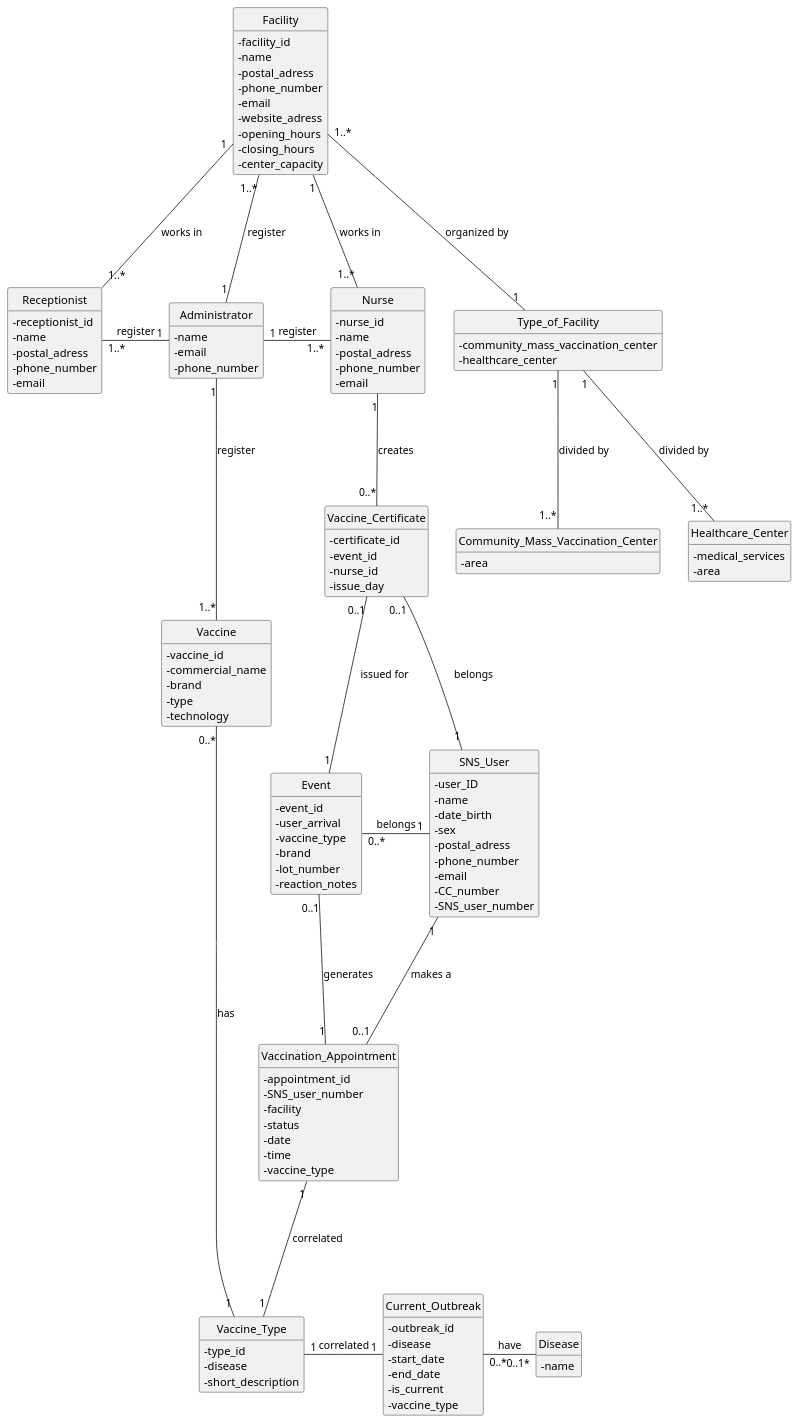
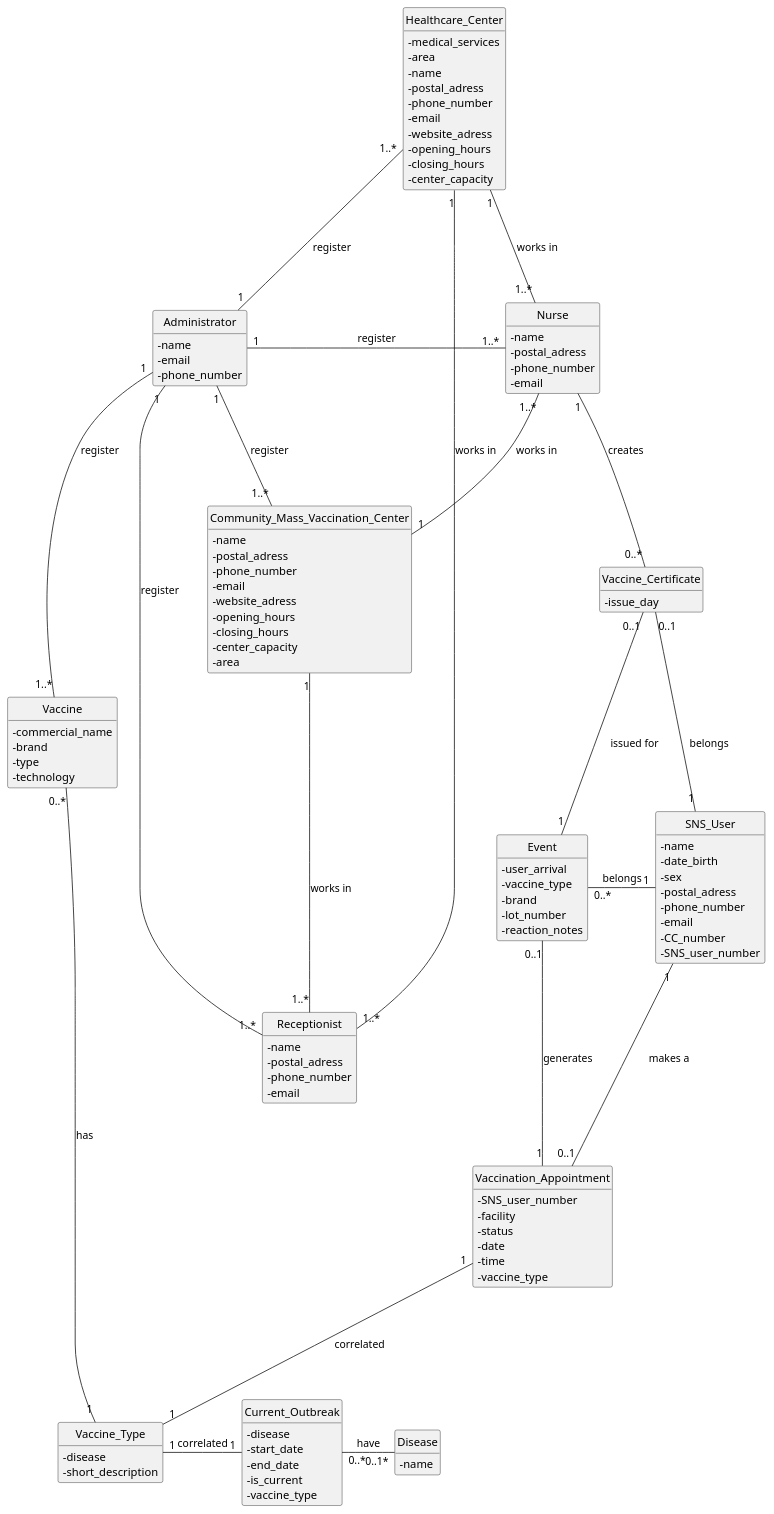
One commit to Parafita123/leti-esoft-25-26-B1 changed the diagram in docs/Sprint1/system-documentation/global-artifacts/puml/DM.puml. Above: the diagram before and after it, drawn with PlantUML. The commit also changed 2 other files, not shown here.

```diff
--- a/docs/Sprint1/system-documentation/global-artifacts/puml/DM.puml
+++ b/docs/Sprint1/system-documentation/global-artifacts/puml/DM.puml
@@ -1,168 +1,155 @@
 @startuml
 'https://plantuml.com/class-diagram
 skinparam classAttributeIconSize 0
 hide circle
 hide methods
 
 
 
 class Vaccine {
-    - vaccine_id
     - commercial_name
     - brand
     - type
     - technology
 }
 
 class Vaccine_Type {
-    - type_id
     - disease
     - short_description
 }
 
 
 
 class SNS_User {
-    - user_ID
     - name
     - date_birth
     - sex
     - postal_adress
     - phone_number
     - email
     - CC_number
     - SNS_user_number
 
 }
 
 class Disease {
     - name
 }
 
 
 class Vaccination_Appointment {
-    - appointment_id
     - SNS_user_number
     - facility
     - status
     - date
     - time
     - vaccine_type
 }
 
-class Facility {
-    - facility_id
+class Current_Outbreak {
+    - disease
+    - start_date
+    - end_date
+    - is_current
+    - vaccine_type
+}
+
+class Community_Mass_Vaccination_Center {
+    - name
+    - postal_adress
+    - phone_number
+    - email
+    - website_adress
+    - opening_hours
+    - closing_hours
+    - center_capacity
+    - area
+}
+
+class Healthcare_Center {
+    - medical_services
+    - area
     - name
     - postal_adress
     - phone_number
     - email
     - website_adress
     - opening_hours
     - closing_hours
     - center_capacity
 }
 
-
-class Type_of_Facility {
-    -community_mass_vaccination_center
-    -healthcare_center
-
-}
-
-class Current_Outbreak {
-    - outbreak_id
-    - disease
-    - start_date
-    - end_date
-    - is_current
-    - vaccine_type
-}
-
-class Community_Mass_Vaccination_Center {
-    - area
-}
-
-class Healthcare_Center {
-    - medical_services
-    - area
-}
-
 class Nurse {
-    - nurse_id
     - name
     - postal_adress
     - phone_number
     - email
 }
 
 class Receptionist {
-    - receptionist_id
     - name
     - postal_adress
     - phone_number
     - email
 }
 
 class Event {
-    - event_id
     - user_arrival
     - vaccine_type
     - brand
     - lot_number
     - reaction_notes
 }
 
 class Administrator {
     - name
     - email
     - phone_number
 }
 
 class Vaccine_Certificate {
-    - certificate_id
-    - event_id
-    - nurse_id
     - issue_day
 }
 
 
 Administrator "1" -right-- "1..*" Nurse: register
 
 Administrator "1" -left-- "1..*" Receptionist: register
 
 Administrator "1" -down-- "1..*" Vaccine: register
 
-Administrator "1" -left-- "1..*" Facility: register
+Administrator "1" -right-- "1..*" Community_Mass_Vaccination_Center: register
+
+Administrator "1" -up-- "1..*" Healthcare_Center: register
 
 SNS_User "1" -down-- "0..1" Vaccination_Appointment: makes a
 
-Facility "1..*" -down-- "1" Type_of_Facility: organized by
+Nurse "1..*" -down-- "1" Community_Mass_Vaccination_Center:works in
+Nurse "1..*" -left-- "1" Healthcare_Center:works in
 
-Type_of_Facility "1" -down-- "1..*" Community_Mass_Vaccination_Center: divided by
-Type_of_Facility "1" -down-- "1..*" Healthcare_Center: divided by
+Receptionist "1..*" -up-- "1" Community_Mass_Vaccination_Center:works in
+Receptionist "1..*" -up-- "1" Healthcare_Center:works in
 
-Nurse "1..*" -left-- "1" Facility:works in
-Receptionist "1..*" -up-- "1" Facility:works in
 
 Current_Outbreak "0..*" -right-- "0..1*" Disease: have
 
 Current_Outbreak "1" -left-- "1" Vaccine_Type: correlated
 
 Vaccine "0..*" -right-- "1" Vaccine_Type: has
 
 Nurse "1" -down-- "0..*" Vaccine_Certificate: creates
 
 Vaccine_Certificate "0..1" -down- "1" Event: issued for
 
 Vaccination_Appointment "1" -down-- "1" Vaccine_Type: correlated
 
 Vaccination_Appointment "1" -up-- "0..1" Event: generates
 
 Event "0..*" -right-- "1" SNS_User: belongs
 
 SNS_User "1"  -left-- "0..1" Vaccine_Certificate: belongs
 
 
 
 
 @enduml
```
